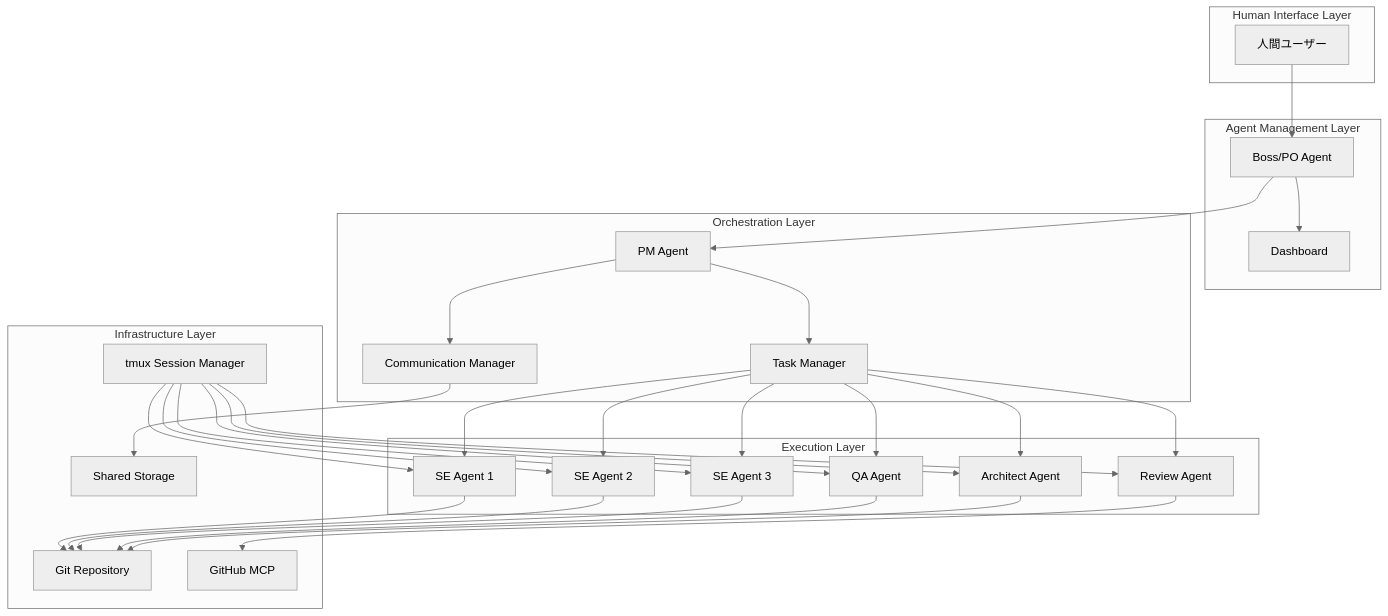
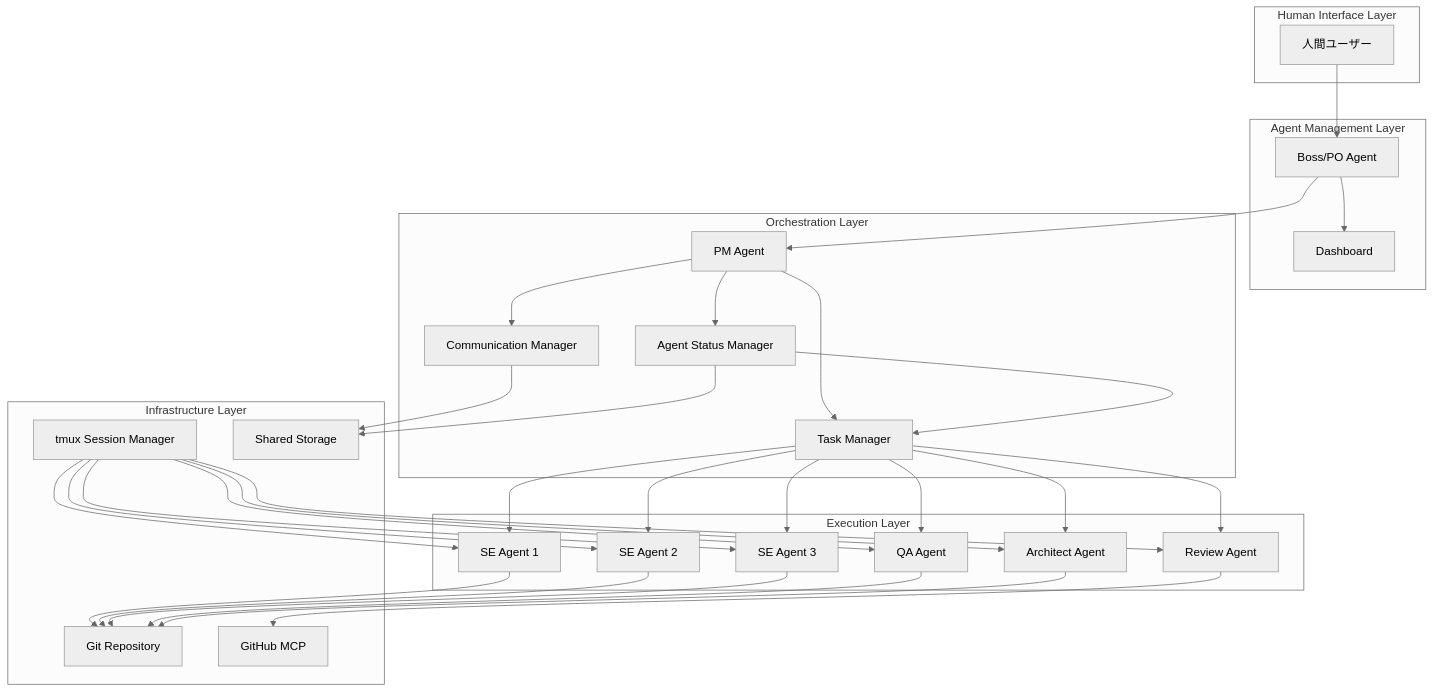
The first of 3 diagrams in docs/development-flow/design/software_design_document.md (norinoriver/ai-multi-agent), drawn with Mermaid (neutral theme) before and after one commit. The commit also changed other lines of this file, not shown here.

First line of the commit message:
feat: Agent Status Managerモジュールを概要設計に追加

````diff
--- a/docs/development-flow/design/software_design_document.md
+++ b/docs/development-flow/design/software_design_document.md
@@ -24,58 +24,62 @@
 ```mermaid
 graph TB
     subgraph "Human Interface Layer"
         Human[人間ユーザー]
     end
     
     subgraph "Agent Management Layer"
         Boss[Boss/PO Agent]
         Dashboard[Dashboard]
     end
     
     subgraph "Orchestration Layer"
         PM[PM Agent]
         TaskManager[Task Manager]
         CommManager[Communication Manager]
+        StatusManager[Agent Status Manager]
     end
     
     subgraph "Execution Layer"
         SE1[SE Agent 1]
         SE2[SE Agent 2]
         SE3[SE Agent 3]
         QA[QA Agent]
         Review[Review Agent]
         Arch[Architect Agent]
     end
     
     subgraph "Infrastructure Layer"
         Tmux[tmux Session Manager]
         Git[Git Repository]
         GitHub[GitHub MCP]
         Storage[Shared Storage]
     end
     
     Human --> Boss
     Boss --> PM
     Boss --> Dashboard
     PM --> TaskManager
     PM --> CommManager
+    PM --> StatusManager
+    StatusManager --> TaskManager
     TaskManager --> SE1
     TaskManager --> SE2
     TaskManager --> SE3
     TaskManager --> QA
     TaskManager --> Review
     TaskManager --> Arch
     CommManager --> Storage
+    StatusManager --> Storage
     SE1 --> Git
     SE2 --> Git
     SE3 --> Git
     QA --> Git
     Arch --> Git
     Review --> GitHub
     Tmux --> SE1
     Tmux --> SE2
     Tmux --> SE3
     Tmux --> QA
     Tmux --> Review
     Tmux --> Arch
 ```
````
